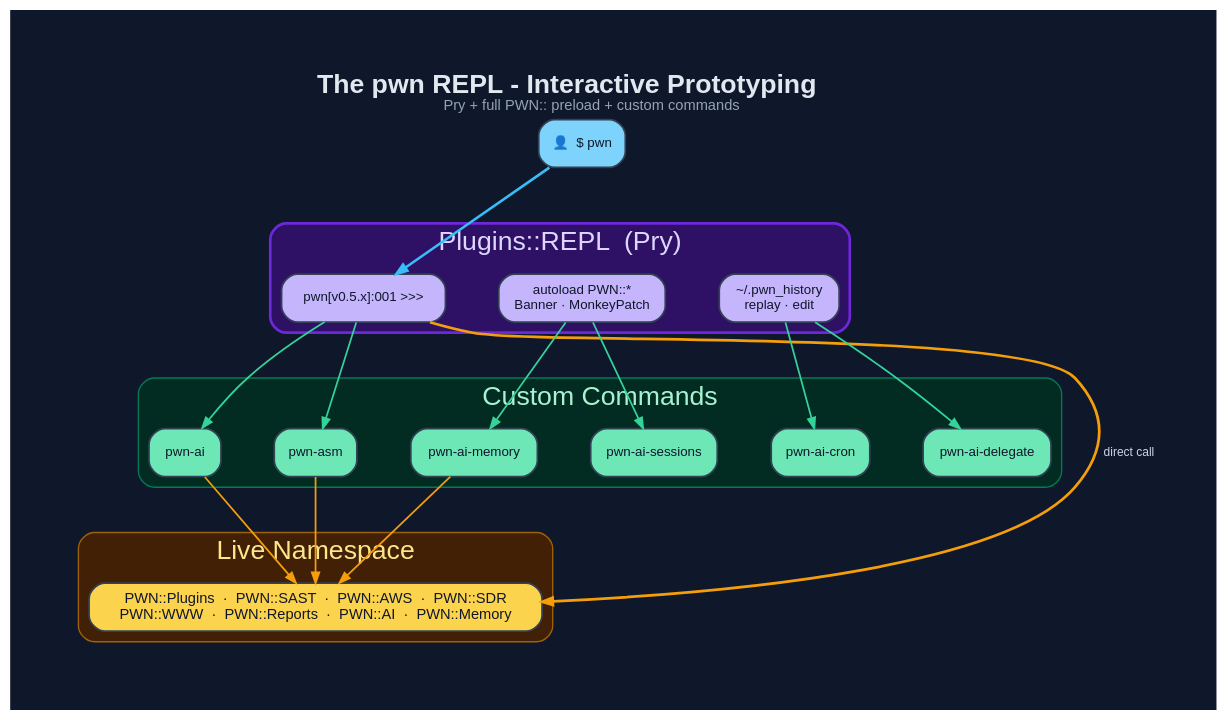
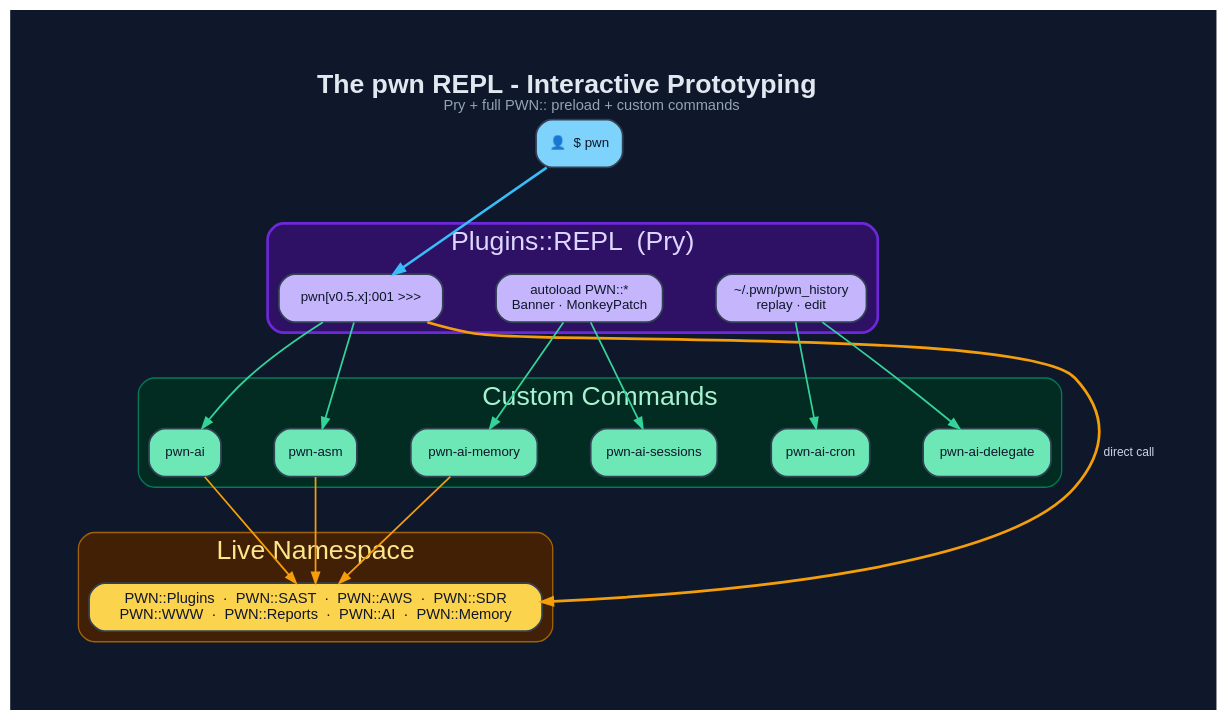
The diagram in documentation/diagrams/dot/pwn-repl-prototyping.dot (0dayInc/pwn), drawn with Graphviz before and after one commit. The commit also changed 94 other files, not shown here.

```diff
--- a/documentation/diagrams/dot/pwn-repl-prototyping.dot
+++ b/documentation/diagrams/dot/pwn-repl-prototyping.dot
@@ -1,56 +1,56 @@
 digraph "PWN_REPL" {
   graph [
     label=<<B>The pwn REPL - Interactive Prototyping</B><BR/><FONT POINT-SIZE="11" COLOR="#94a3b8">Pry + full PWN:: preload + custom commands</FONT>>,
     labelloc=t, fontsize=20, fontname="Helvetica",
     rankdir=TB, splines=spline, nodesep=0.55, ranksep=0.9,
     bgcolor="#0f172a", fontcolor="#e2e8f0", pad=0.6, newrank=true
   ];
   node [fontname="Helvetica", fontsize=10, style="filled,rounded",
         shape=box, penwidth=1.3, color="#334155", fontcolor="#0f172a"];
   edge [fontname="Helvetica", fontsize=9, color="#94a3b8",
         fontcolor="#cbd5e1", penwidth=1.3, arrowsize=0.8];
 
   User [label="👤  $ pwn", fillcolor="#7dd3fc"];
 
   subgraph cluster_repl {
     label="Plugins::REPL  (Pry)"; fontcolor="#ddd6fe"; style=rounded;
     color="#6d28d9"; bgcolor="#2e1065"; penwidth=2;
     Prompt  [label="pwn[v0.5.x]:001 >>>", fillcolor="#c4b5fd"];
     Preload [label="autoload PWN::*\nBanner · MonkeyPatch", fillcolor="#c4b5fd"];
-    Hist    [label="~/.pwn_history\nreplay · edit", fillcolor="#c4b5fd"];
+    Hist    [label="~/.pwn/pwn_history\nreplay · edit", fillcolor="#c4b5fd"];
   }
   {rank=same; Prompt; Preload; Hist}
 
   subgraph cluster_cmds {
     label="Custom Commands"; fontcolor="#a7f3d0"; style=rounded;
     color="#047857"; bgcolor="#022c22";
     CAI   [label="pwn-ai",         fillcolor="#6ee7b7"];
     CASM  [label="pwn-asm",        fillcolor="#6ee7b7"];
     CMEM  [label="pwn-ai-memory",  fillcolor="#6ee7b7"];
     CSESS [label="pwn-ai-sessions",fillcolor="#6ee7b7"];
     CCRON [label="pwn-ai-cron",    fillcolor="#6ee7b7"];
     CDEL  [label="pwn-ai-delegate",fillcolor="#6ee7b7"];
   }
   {rank=same; CAI; CASM; CMEM; CSESS; CCRON; CDEL}
 
   subgraph cluster_ns {
     label="Live Namespace"; fontcolor="#fde68a"; style=rounded;
     color="#a16207"; bgcolor="#422006";
     NS [label="PWN::Plugins  ·  PWN::SAST  ·  PWN::AWS  ·  PWN::SDR\nPWN::WWW  ·  PWN::Reports  ·  PWN::AI  ·  PWN::Memory",
         fillcolor="#fcd34d", fontsize=11];
   }
 
   User -> Prompt  [color="#38bdf8", penwidth=2];
   User -> Preload [style=invis];
   User -> Hist    [style=invis];
   Prompt  -> CAI   [color="#34d399"];
   Prompt  -> CASM  [color="#34d399"];
   Preload -> CMEM  [color="#34d399"];
   Preload -> CSESS [color="#34d399"];
   Hist    -> CCRON [color="#34d399"];
   Hist    -> CDEL  [color="#34d399"];
   CAI  -> NS [color="#f59e0b"];
   CASM -> NS [color="#f59e0b"];
   CMEM -> NS [color="#f59e0b"];
   Prompt -> NS [label="direct call", color="#f59e0b", constraint=false, penwidth=2];
 }
```
